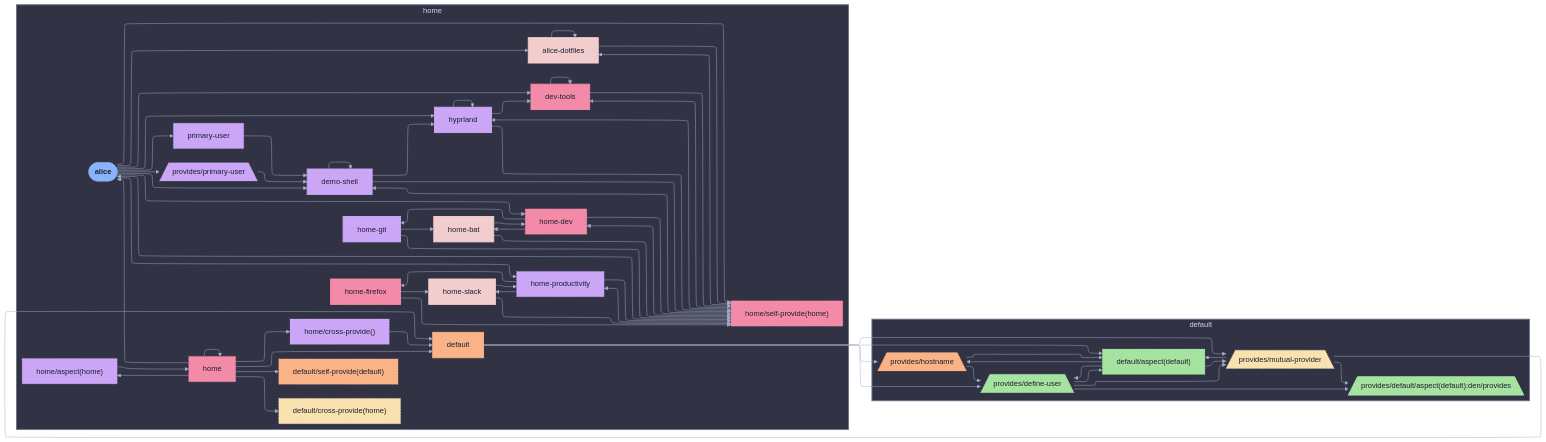
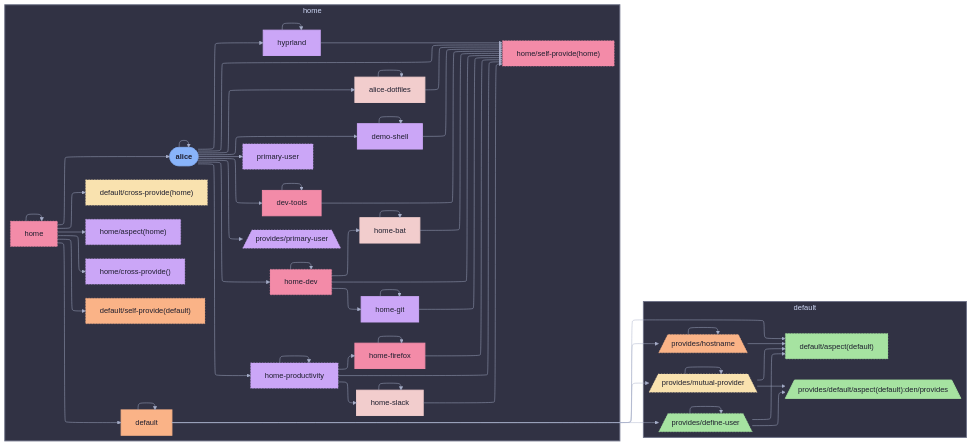
One commit to sini/den changed the first of 3 diagrams in templates/diag-fx-demo/diagrams/home-alice-at-laptop-dag.md. Above: the diagram before and after it, drawn with Mermaid. The commit also changed other lines of this file and 849 other files, not shown here.

Commit message:
chore: update fx diagrams

```diff
--- a/templates/diag-fx-demo/diagrams/home-alice-at-laptop-dag.md
+++ b/templates/diag-fx-demo/diagrams/home-alice-at-laptop-dag.md
@@ -26,6 +26,7 @@
   hyprland["hyprland"]:::hyprland_c
   primary_user["primary-user"]:::primary_user_c
   den__provides__primary_user[/"provides/primary-user"\]:::den__provides__primary_user_c
+  alice --> alice
   alice --> alice_dotfiles
   alice --> demo_shell
   alice --> dev_tools
@@ -39,8 +40,6 @@
   alice_dotfiles --> home__self_provide_home_
   demo_shell --> demo_shell
   demo_shell --> home__self_provide_home_
-  demo_shell --> hyprland
-  den__provides__primary_user --> demo_shell
   dev_tools --> dev_tools
   dev_tools --> home__self_provide_home_
   home --> alice
@@ -50,33 +49,24 @@
   home --> home
   home --> home__aspect_home_
   home --> home__cross_provide__anon__
-  home_bat --> home_dev
+  home_bat --> home_bat
   home_bat --> home__self_provide_home_
   home_dev --> home_bat
+  home_dev --> home_dev
   home_dev --> home_git
   home_dev --> home__self_provide_home_
-  home_firefox --> home_slack
+  home_firefox --> home_firefox
   home_firefox --> home__self_provide_home_
-  home_git --> home_bat
+  home_git --> home_git
   home_git --> home__self_provide_home_
   home_productivity --> home_firefox
+  home_productivity --> home_productivity
   home_productivity --> home_slack
   home_productivity --> home__self_provide_home_
-  home_slack --> home_productivity
+  home_slack --> home_slack
   home_slack --> home__self_provide_home_
-  home__aspect_home_ --> home
-  home__cross_provide__anon__ --> n_default
-  home__self_provide_home_ --> alice
-  home__self_provide_home_ --> alice_dotfiles
-  home__self_provide_home_ --> demo_shell
-  home__self_provide_home_ --> dev_tools
-  home__self_provide_home_ --> home_dev
-  home__self_provide_home_ --> home_productivity
-  home__self_provide_home_ --> hyprland
-  hyprland --> dev_tools
   hyprland --> home__self_provide_home_
   hyprland --> hyprland
-  primary_user --> demo_shell
   end
   subgraph ctx_default["default"]
   n_default["default"]:::n_default_c
@@ -87,21 +77,19 @@
   den__provides__define_user[/"provides/define-user"\]:::den__provides__define_user_c
   den__provides__hostname[/"provides/hostname"\]:::den__provides__hostname_c
   den__provides__mutual_provider[/"provides/mutual-provider"\]:::den__provides__mutual_provider_c
+  n_default --> n_default
   n_default --> default__aspect_default_
   n_default --> den__provides__define_user
   n_default --> den__provides__hostname
   n_default --> den__provides__mutual_provider
-  default__aspect_default_ --> den__provides__define_user
-  default__aspect_default_ --> den__provides__hostname
-  default__aspect_default_ --> den__provides__mutual_provider
   den__provides__define_user --> default__aspect_default_
   den__provides__define_user --> den__provides__default__aspect_default__den__provides
-  den__provides__define_user --> den__provides__mutual_provider
+  den__provides__define_user --> den__provides__define_user
   den__provides__hostname --> default__aspect_default_
-  den__provides__hostname --> den__provides__define_user
-  den__provides__mutual_provider --> n_default
+  den__provides__hostname --> den__provides__hostname
   den__provides__mutual_provider --> default__aspect_default_
   den__provides__mutual_provider --> den__provides__default__aspect_default__den__provides
+  den__provides__mutual_provider --> den__provides__mutual_provider
   end
 
 
```
